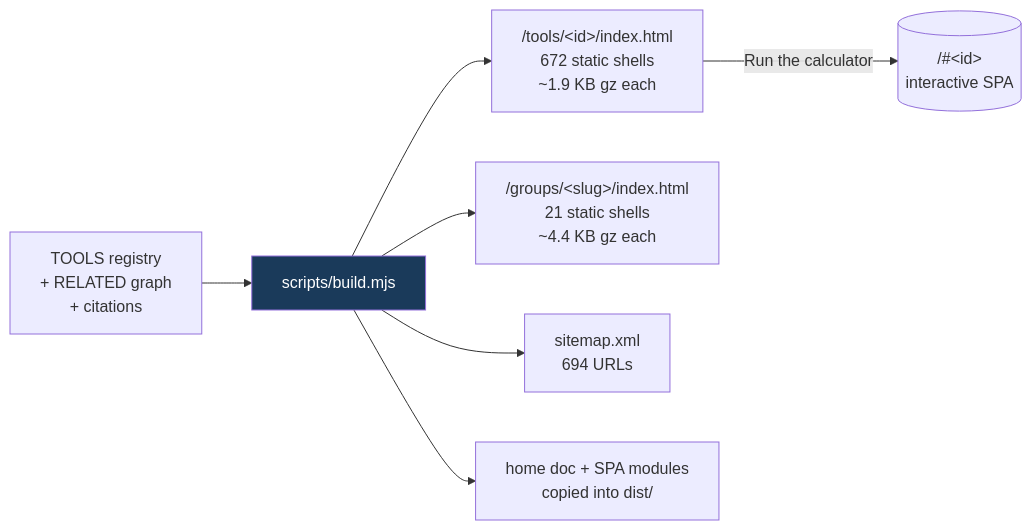
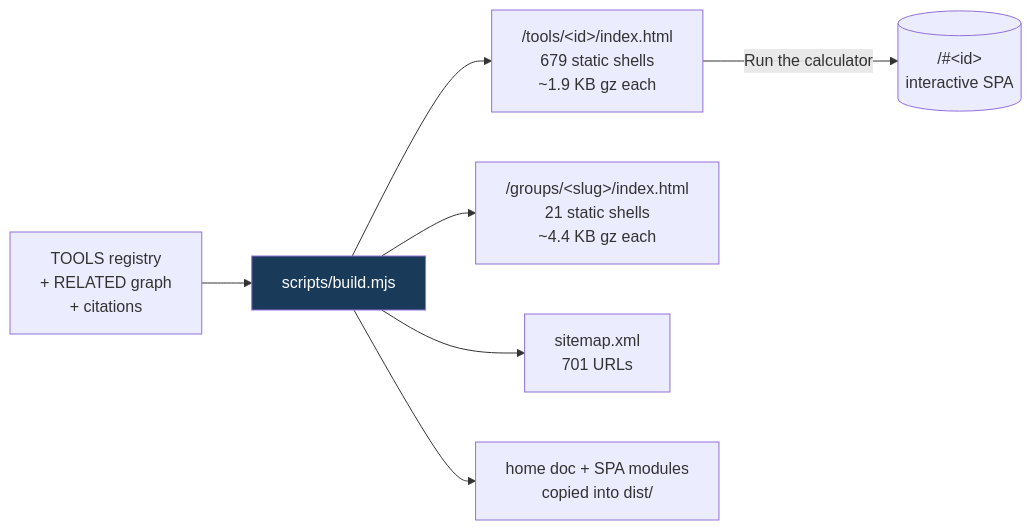
The fifth of 8 diagrams in README.md (clay-good/roughlogic.com), drawn with Mermaid before and after one commit. The commit also changed other lines of this file and 29 other files, not shown here.

````diff
--- a/README.md
+++ b/README.md
@@ -452,10 +452,10 @@
 ```mermaid
 flowchart LR
     SRC[TOOLS registry\n+ RELATED graph\n+ citations] --> BUILD[scripts/build.mjs]
-    BUILD --> TILE["/tools/&lt;id&gt;/index.html\n672 static shells\n~1.9 KB gz each"]
+    BUILD --> TILE["/tools/&lt;id&gt;/index.html\n679 static shells\n~1.9 KB gz each"]
     BUILD --> GROUP["/groups/&lt;slug&gt;/index.html\n21 static shells\n~4.4 KB gz each"]
-    BUILD --> MAP["sitemap.xml\n694 URLs"]
+    BUILD --> MAP["sitemap.xml\n701 URLs"]
     BUILD --> COPY[home doc + SPA modules\ncopied into dist/]
     TILE -->|Run the calculator| SPA[("/#&lt;id&gt;\ninteractive SPA")]
     style BUILD fill:#1a3a5a,color:#fff
 ```
````
